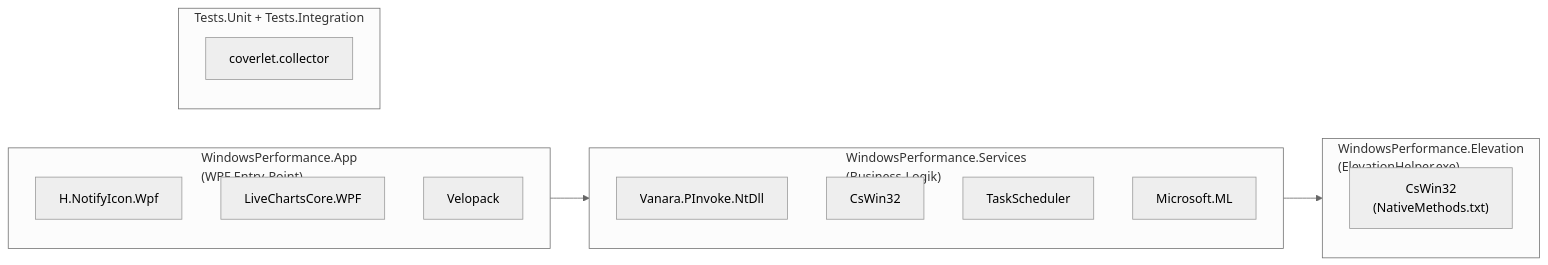
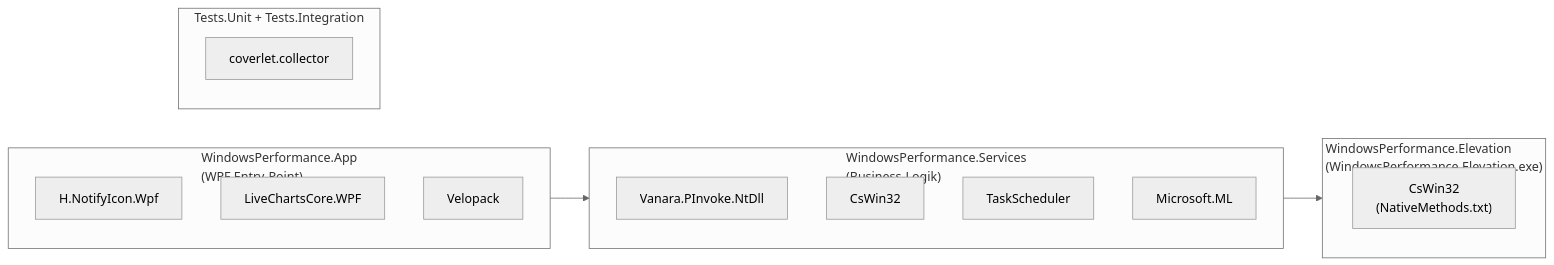
The second of 2 diagrams in docs/features/planning-todo-scan-externe-repos/04-architektur.md (HorosCloudOfficial/HorosPulse), drawn with Mermaid (neutral theme) before and after one commit. The commit also changed other lines of this file and 15 other files, not shown here.

First line of the commit message:
Align docs with WindowsPerformance.Elevation.exe; ignore local SCRIPTS vaults.

````diff
--- a/docs/features/planning-todo-scan-externe-repos/04-architektur.md
+++ b/docs/features/planning-todo-scan-externe-repos/04-architektur.md
@@ -68,26 +68,26 @@
 ```mermaid
 flowchart LR
     subgraph App["WindowsPerformance.App\n(WPF Entry-Point)"]
         HNI2["H.NotifyIcon.Wpf"]
         LVC2["LiveChartsCore.WPF"]
         VLP2["Velopack"]
     end
 
     subgraph Svc["WindowsPerformance.Services\n(Business-Logik)"]
         VAN2["Vanara.PInvoke.NtDll"]
         CSW2["CsWin32"]
         TSL2["TaskScheduler"]
         MML2["Microsoft.ML"]
     end
 
-    subgraph Elev["WindowsPerformance.Elevation\n(ElevationHelper.exe)"]
+    subgraph Elev["WindowsPerformance.Elevation\n(WindowsPerformance.Elevation.exe)"]
         CSW3["CsWin32\n(NativeMethods.txt)"]
     end
 
     subgraph Tests["Tests.Unit + Tests.Integration"]
         CVL2["coverlet.collector"]
     end
 
     App --> Svc
     Svc --> Elev
 ```
````
